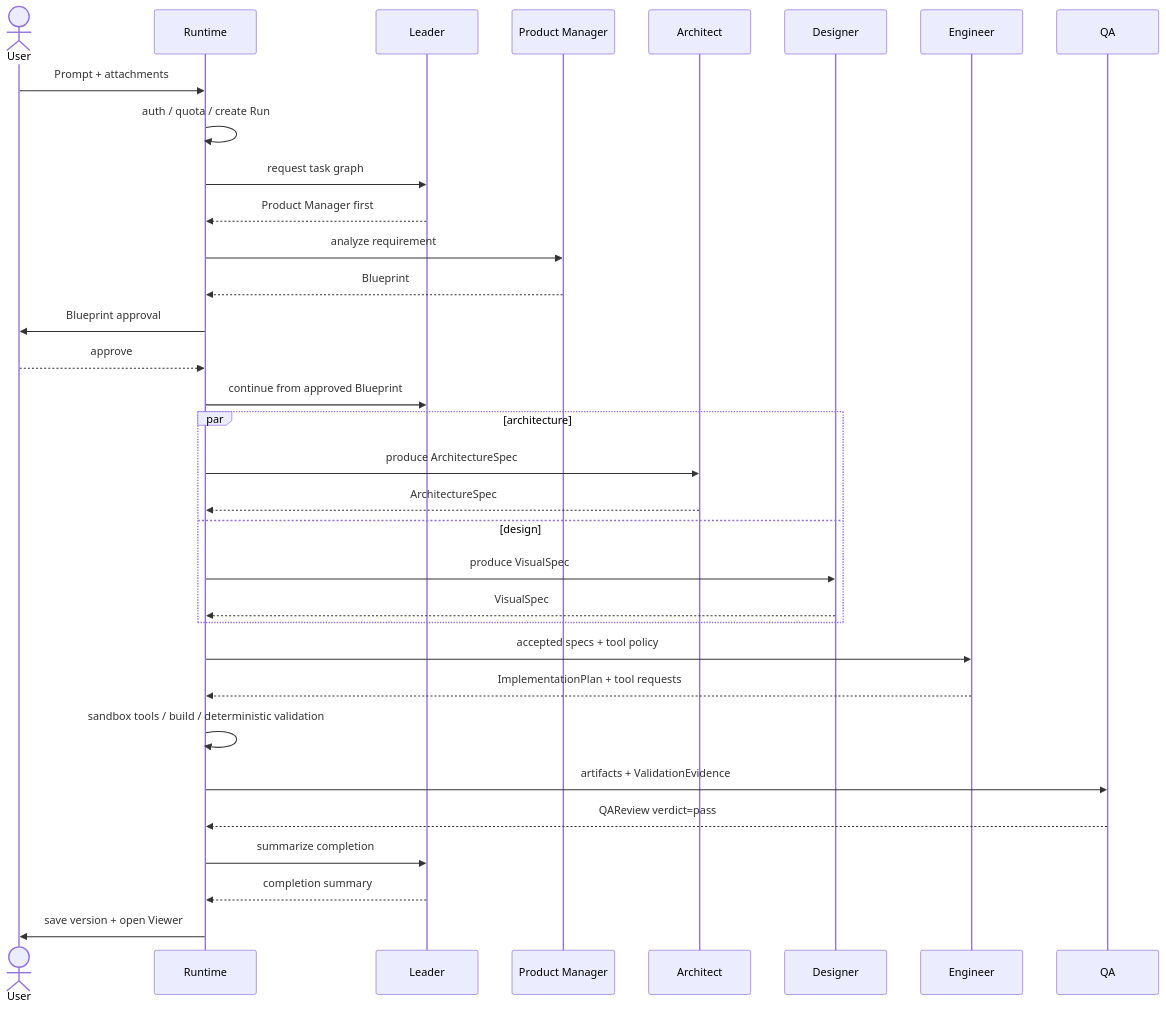
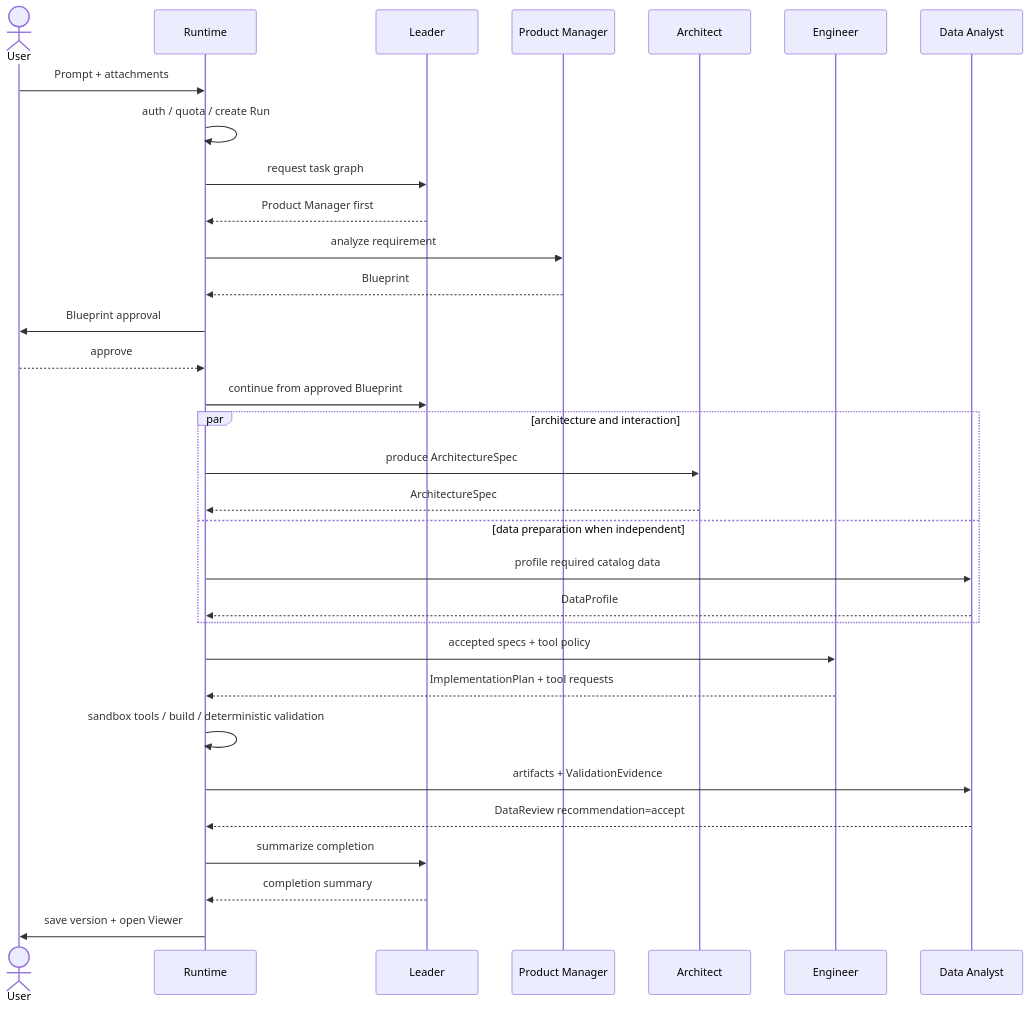
The diagram in docs/v2/agent-design.md (eastonsuo/another-atom), drawn with Mermaid before and after one commit. The commit also changed other lines of this file and 40 other files, not shown here.

````diff
--- a/docs/v2/agent-design.md
+++ b/docs/v2/agent-design.md
@@ -321,36 +305,35 @@
 ```mermaid
 sequenceDiagram
     actor User
     participant Runtime
     participant Leader
     participant PM as Product Manager
     participant Architect
-    participant Designer
     participant Engineer
-    participant QA
+    participant Data Analyst
 
     User->>Runtime: Prompt + attachments
     Runtime->>Runtime: auth / quota / create Run
     Runtime->>Leader: request task graph
     Leader-->>Runtime: Product Manager first
     Runtime->>PM: analyze requirement
     PM-->>Runtime: Blueprint
     Runtime->>User: Blueprint approval
     User-->>Runtime: approve
     Runtime->>Leader: continue from approved Blueprint
-    par architecture
+    par architecture and interaction
         Runtime->>Architect: produce ArchitectureSpec
         Architect-->>Runtime: ArchitectureSpec
-    and design
-        Runtime->>Designer: produce VisualSpec
-        Designer-->>Runtime: VisualSpec
+    and data preparation when independent
+        Runtime->>Data Analyst: profile required catalog data
+        Data Analyst-->>Runtime: DataProfile
     end
     Runtime->>Engineer: accepted specs + tool policy
     Engineer-->>Runtime: ImplementationPlan + tool requests
     Runtime->>Runtime: sandbox tools / build / deterministic validation
-    Runtime->>QA: artifacts + ValidationEvidence
-    QA-->>Runtime: QAReview verdict=pass
+    Runtime->>Data Analyst: artifacts + ValidationEvidence
+    Data Analyst-->>Runtime: DataReview recommendation=accept
     Runtime->>Leader: summarize completion
     Leader-->>Runtime: completion summary
     Runtime->>User: save version + open Viewer
 ```
````
